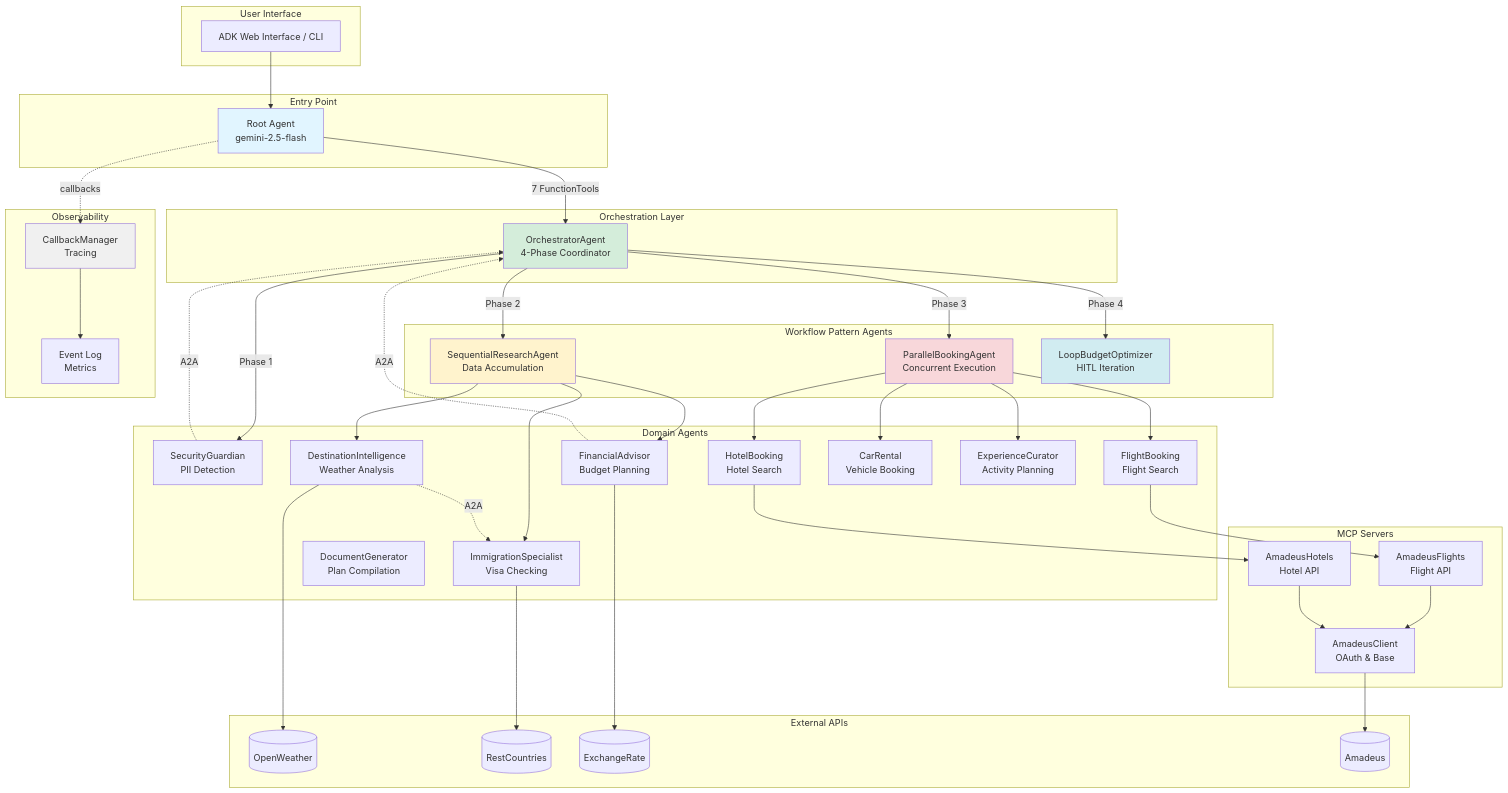
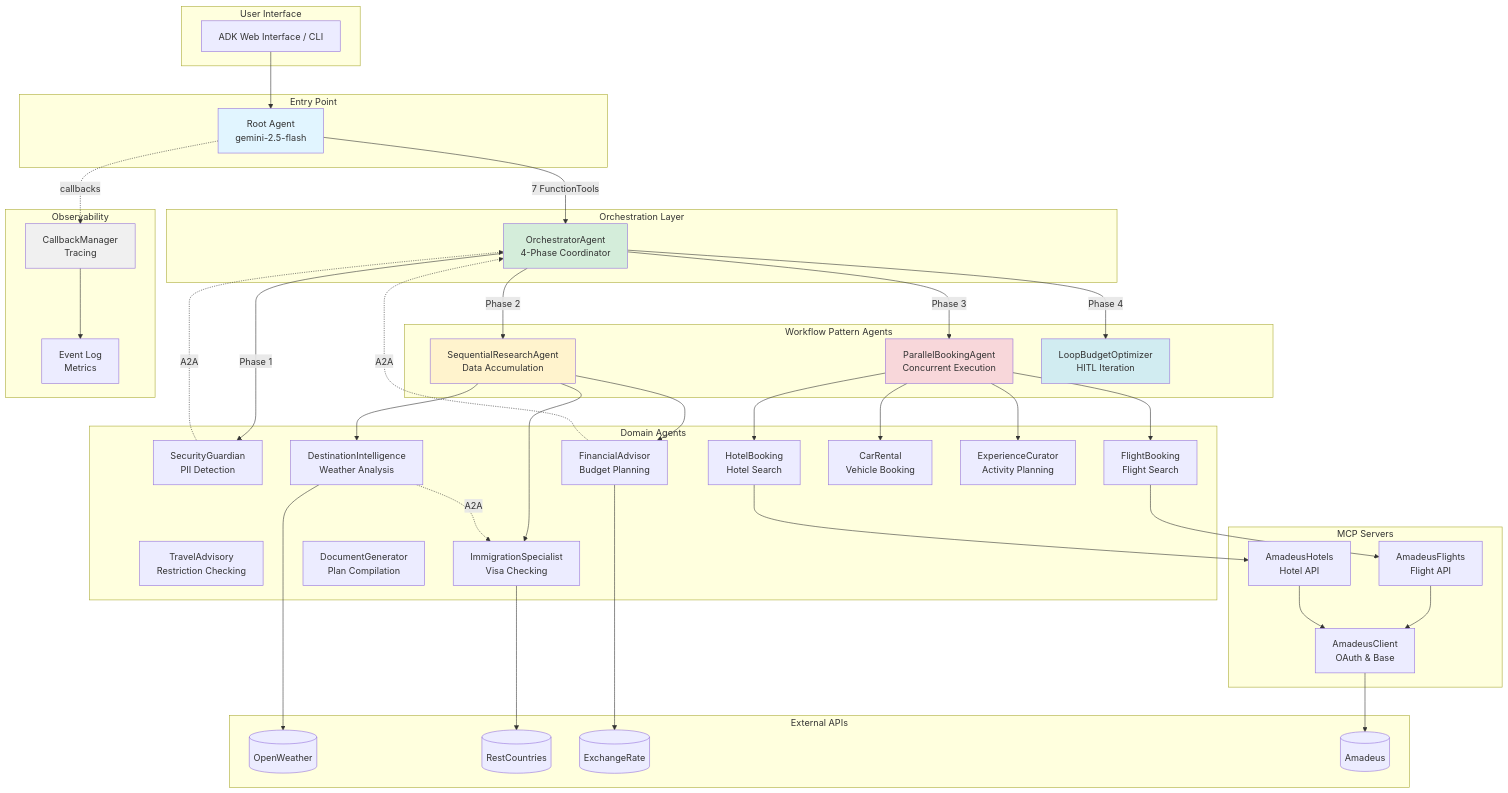
Before and after one commit to RBATHINENI78/AI-Powered_Vacation_Planner: the eighth of 8 diagrams in docs/actual/ARCHITECTURE_COMPARISON.md, drawn with Mermaid. The commit also changed other lines of this file and 2 other files, not shown here.

First line of the commit message:
Update architecture documentation and remove completed analysis files

```diff
--- a/docs/actual/ARCHITECTURE_COMPARISON.md
+++ b/docs/actual/ARCHITECTURE_COMPARISON.md
@@ -665,6 +676,7 @@
     end
 
     subgraph "Domain Agents"
+        TA2[TravelAdvisory<br/>Restriction Checking]
         SG[SecurityGuardian<br/>PII Detection]
         DI[DestinationIntelligence<br/>Weather Analysis]
         IS[ImmigrationSpecialist<br/>Visa Checking]
```
